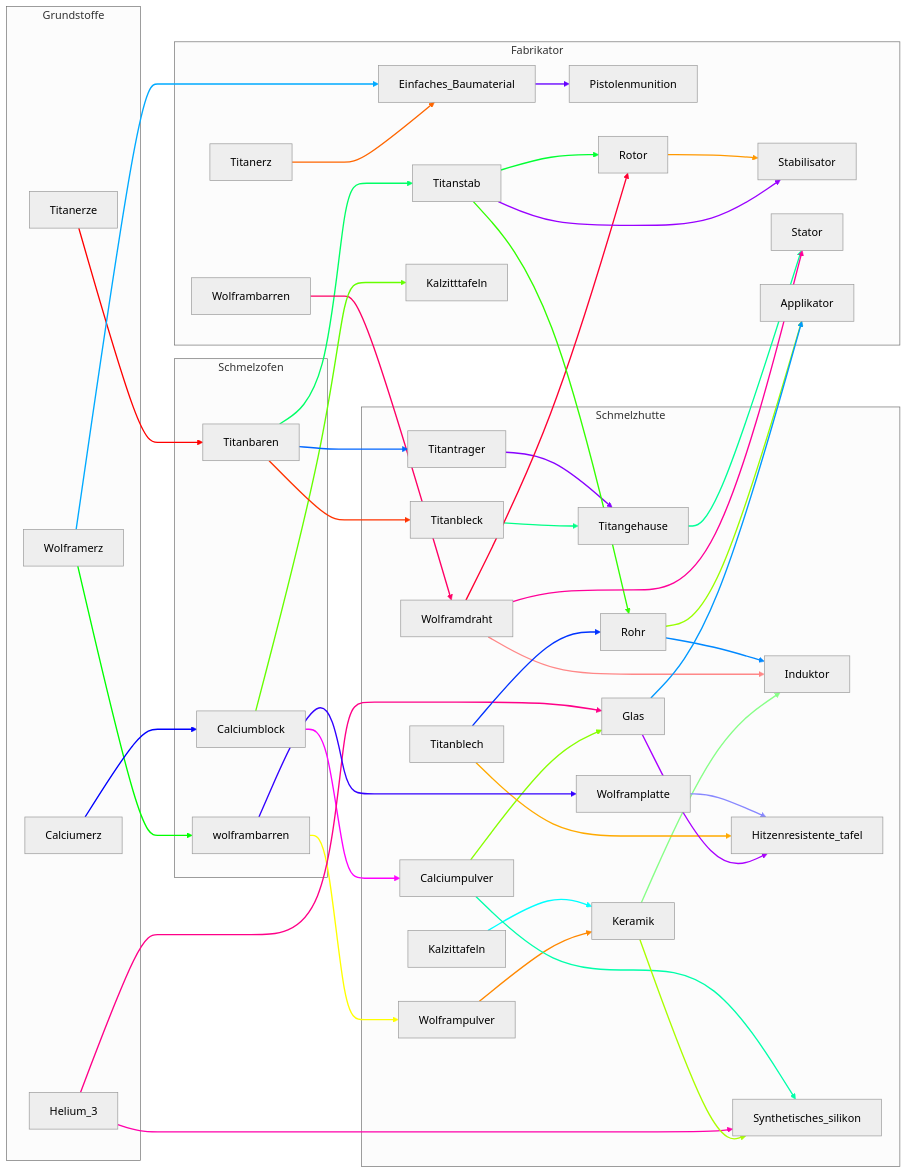
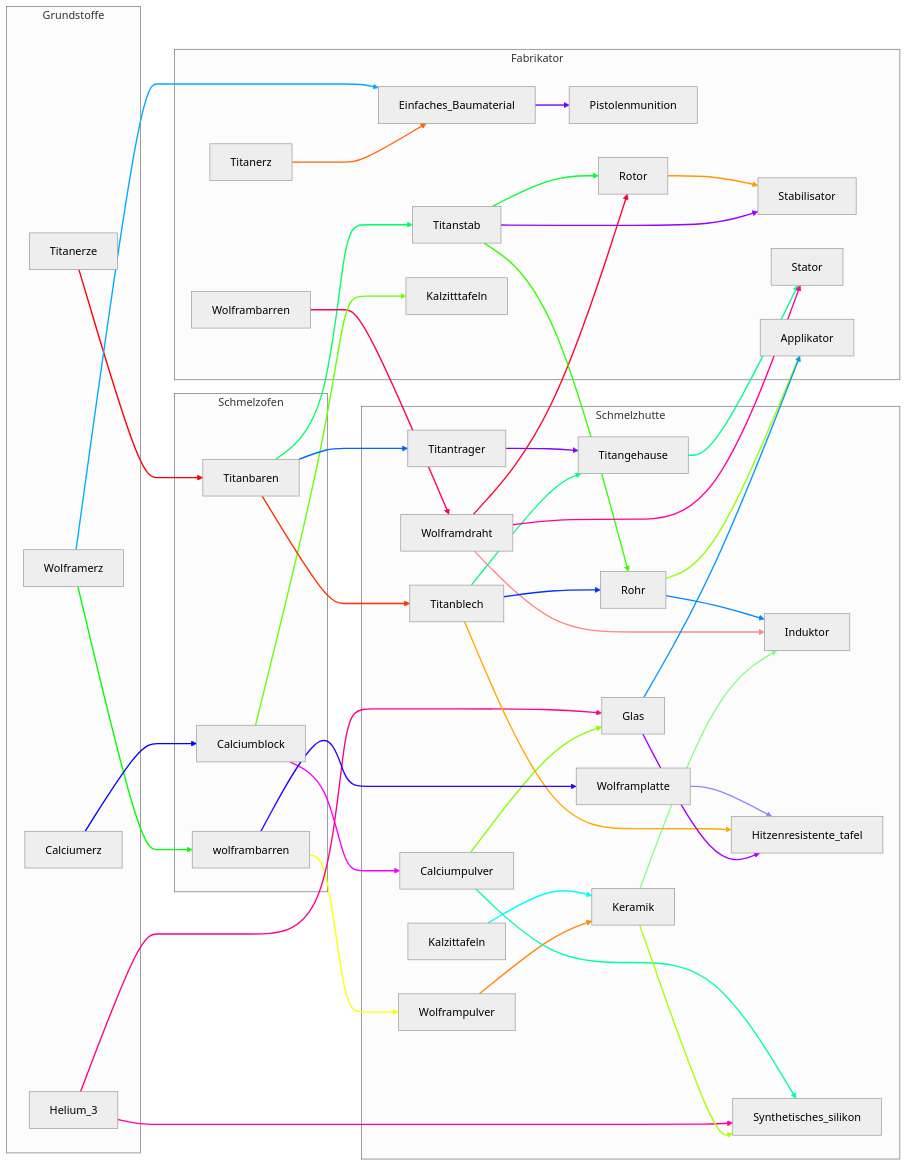
One commit to andrevdl/StarRuptere changed the diagram in tree.md. Above: the diagram before and after it, drawn with Mermaid (neutral theme).

```diff
--- a/tree.md
+++ b/tree.md
@@ -22,7 +22,7 @@
         Kalzittafeln-->Keramik
         Wolframpulver-->Keramik;
         Titantrager-->Titangehause;
-        Titanbleck-->Titangehause;
+        Titanblech-->Titangehause;
         Helium_3-->Glas
         Calciumpulver-->Glas;
         Rohr-->Induktor;
@@ -43,7 +43,7 @@
         Wolframbarren-->Wolframdraht;
         Calciumblock-->Kalzitttafeln;
         Titanbaren-->Titantrager;
-        Titanbaren-->Titanbleck;
+        Titanbaren-->Titanblech;
         wolframbarren-->Wolframplatte;
         Titanstab-->Rotor;
         Wolframdraht-->Rotor;
```
